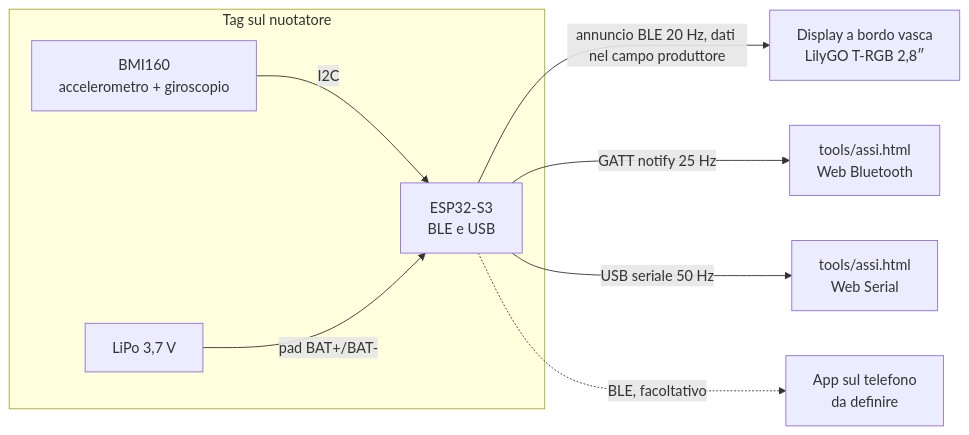
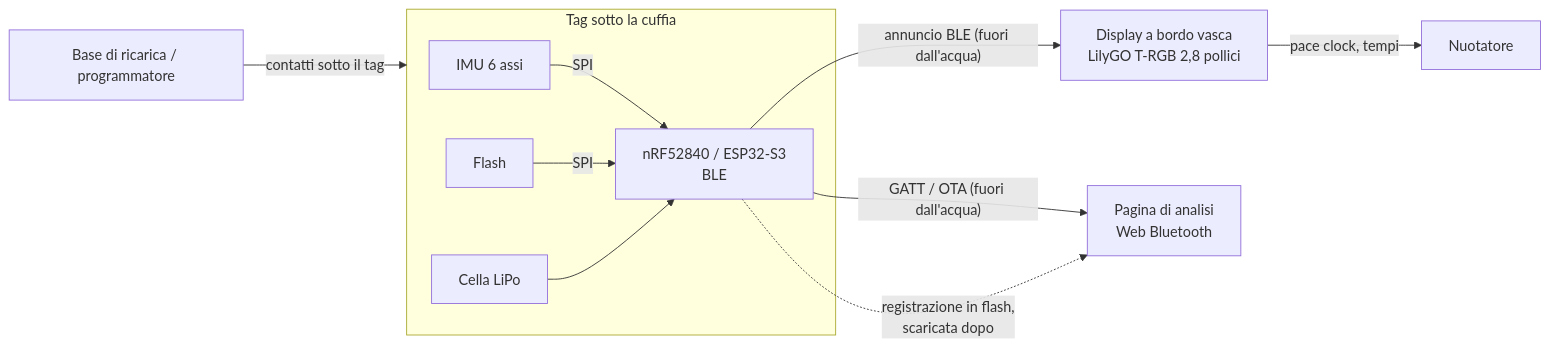
The diagram in README.md (PZero/SwimTimer), drawn with Mermaid before and after one commit. The commit also changed other lines of this file and 51 other files, not shown here.

````diff
--- a/README.md
+++ b/README.md
@@ -60,11 +47,13 @@
 ```mermaid
 flowchart LR
-  subgraph TAG[Tag sul nuotatore]
-    S[BMI160<br/>accelerometro + giroscopio] -- I2C --> M[ESP32-S3<br/>BLE e USB]
-    B[LiPo 3,7 V] -- pad BAT+/BAT- --> M
+  subgraph TAG[Tag sotto la cuffia]
+    IMU[IMU 6 assi] -- SPI --> MCU[nRF52840 / ESP32-S3<br/>BLE]
+    FL[Flash] -- SPI --> MCU
+    CEL[Cella LiPo] --> MCU
   end
-  M -- "annuncio BLE 20 Hz, dati nel campo produttore" --> D[Display a bordo vasca<br/>LilyGO T-RGB 2,8″]
-  M -- "GATT notify 25 Hz" --> P[tools/assi.html<br/>Web Bluetooth]
-  M -- "USB seriale 50 Hz" --> Q[tools/assi.html<br/>Web Serial]
-  M -. BLE, facoltativo .-> A[App sul telefono<br/>da definire]
+  MCU -- "annuncio BLE (fuori dall'acqua)" --> DSP[Display a bordo vasca<br/>LilyGO T-RGB 2,8 pollici]
+  MCU -- "GATT / OTA (fuori dall'acqua)" --> WEB[Pagina di analisi<br/>Web Bluetooth]
+  MCU -. "registrazione in flash,<br/>scaricata dopo" .-> WEB
+  DSP -- "pace clock, tempi" --> NUO[Nuotatore]
+  CUS[Base di ricarica / programmatore] -- "contatti sotto il tag" --> TAG
 ```
````
